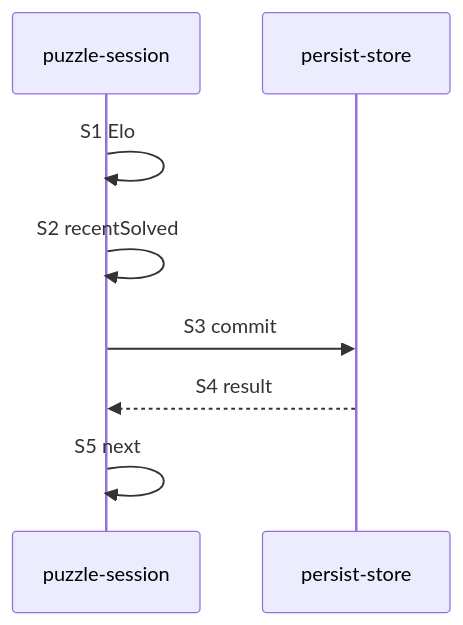
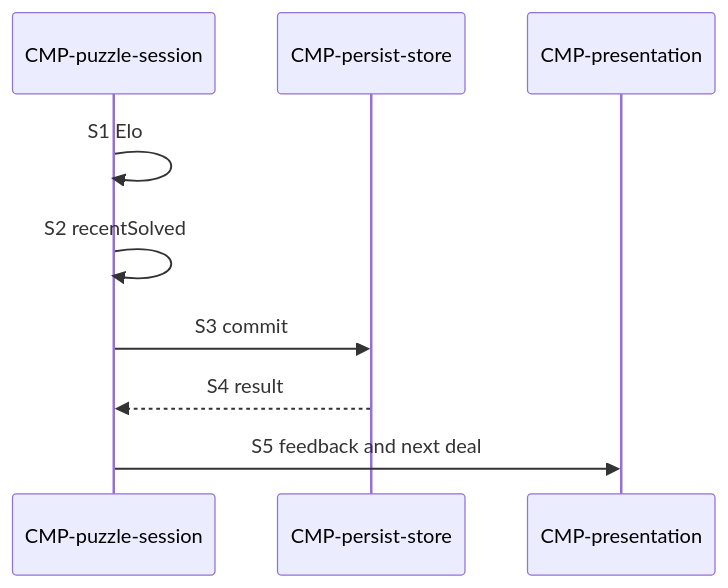
One commit to waigore/simplechessv2 changed the diagram in specs/technical/sequences/puzzle-result-commit.md. Above: the diagram before and after it, drawn with Mermaid. The commit also changed other lines of this file and 120 other files, not shown here.

````diff
--- a/specs/technical/sequences/puzzle-result-commit.md
+++ b/specs/technical/sequences/puzzle-result-commit.md
@@ -36,10 +36,11 @@
 ```mermaid
 sequenceDiagram
-  participant Q as puzzle-session
-  participant P as persist-store
+  participant Q as CMP-puzzle-session
+  participant P as CMP-persist-store
+  participant V as CMP-presentation
   Q->>Q: S1 Elo
   Q->>Q: S2 recentSolved
   Q->>P: S3 commit
   P-->>Q: S4 result
-  Q->>Q: S5 next
+  Q->>V: S5 feedback and next deal
 ```
````
